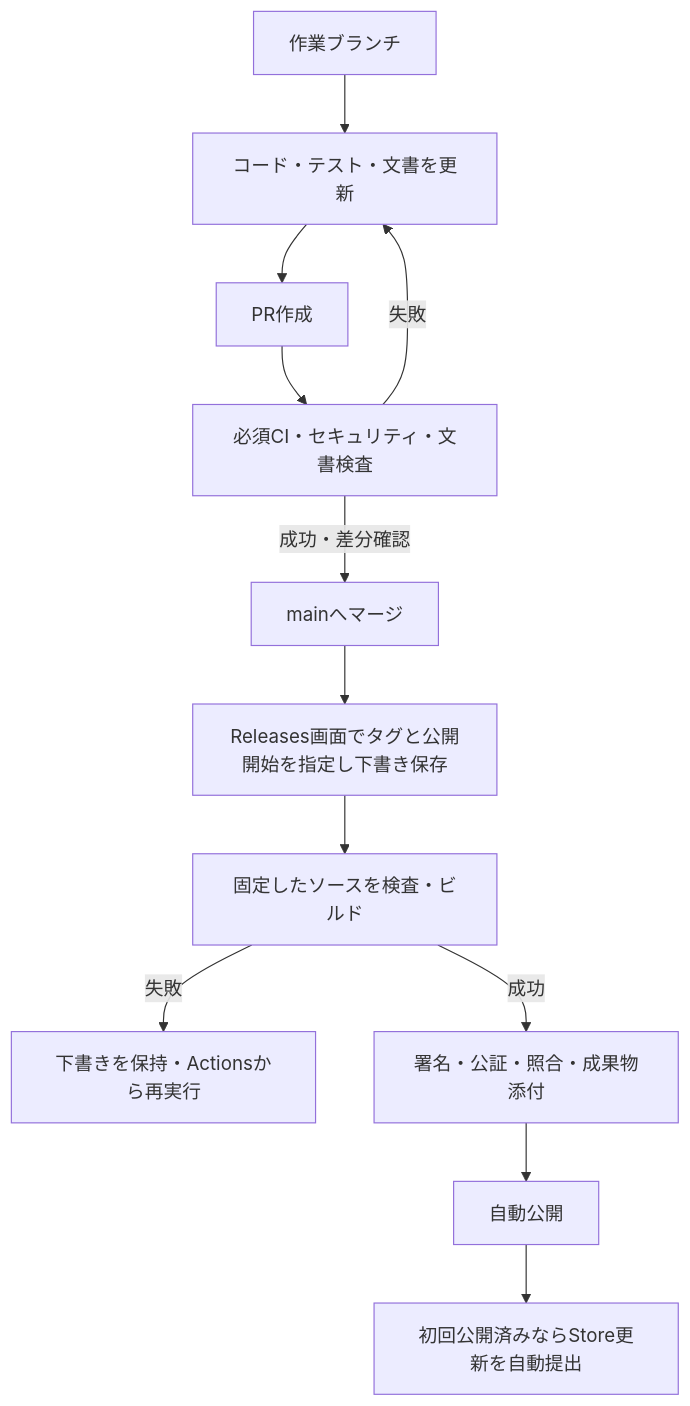
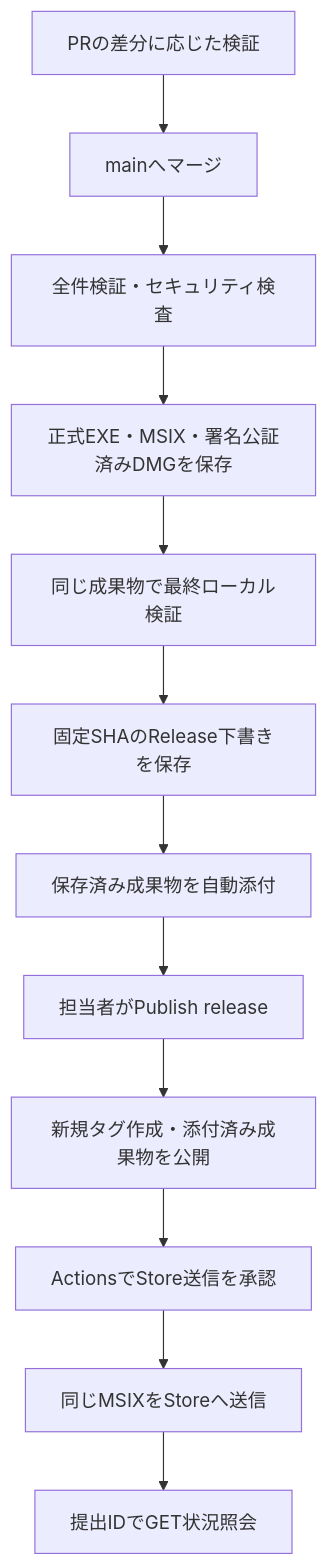
Before and after one commit to s-kodani/minuteson: the diagram in docs/guides/development-workflow.md, drawn with Mermaid. The commit also changed other lines of this file and 28 other files, not shown here.

Commit message:
perf: scope CI and promote verified main release artifacts

````diff
--- a/docs/guides/development-workflow.md
+++ b/docs/guides/development-workflow.md
@@ -30,14 +30,14 @@
 ```mermaid
 flowchart TD
-    branch[作業ブランチ] --> change[コード・テスト・文書を更新]
-    change --> pr[PR作成]
-    pr --> checks[必須CI・セキュリティ・文書検査]
-    checks -->|失敗| change
-    checks -->|成功・差分確認| main[mainへマージ]
-    main --> draft[Releases画面でタグと公開開始を指定し下書き保存]
-    draft --> build[固定したソースを検査・ビルド]
-    build -->|失敗| retained[下書きを保持・Actionsから再実行]
-    build -->|成功| assets[署名・公証・照合・成果物添付]
-    assets --> published[自動公開]
-    published --> store[初回公開済みならStore更新を自動提出]
+    pr[PRの差分に応じた検証] --> main[mainへマージ]
+    main --> full[全件検証・セキュリティ検査]
+    full --> build[正式EXE・MSIX・署名公証済みDMGを保存]
+    build --> local[同じ成果物で最終ローカル検証]
+    local --> draft[固定SHAのRelease下書きを保存]
+    draft --> attach[保存済み成果物を自動添付]
+    attach --> publish[担当者がPublish release]
+    publish --> tag[新規タグ作成・添付済み成果物を公開]
+    tag --> approval[ActionsでStore送信を承認]
+    approval --> store[同じMSIXをStoreへ送信]
+    store --> poll[提出IDでGET状況照会]
 ```
````
